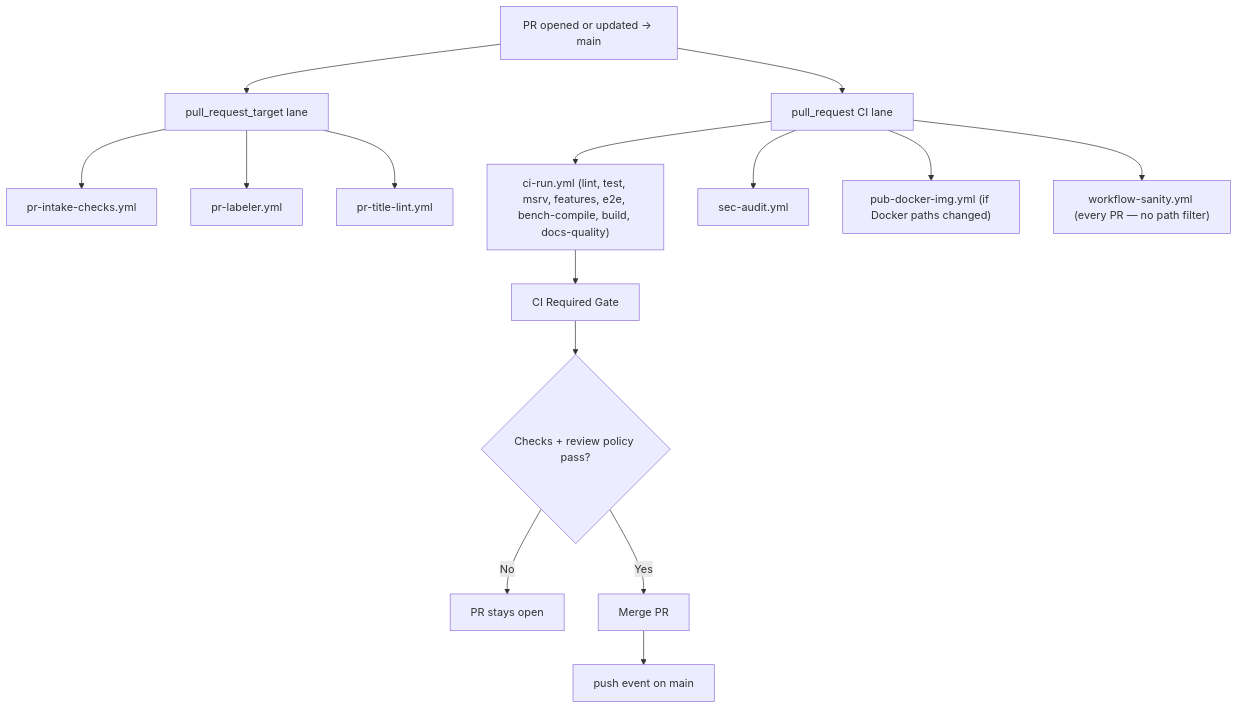
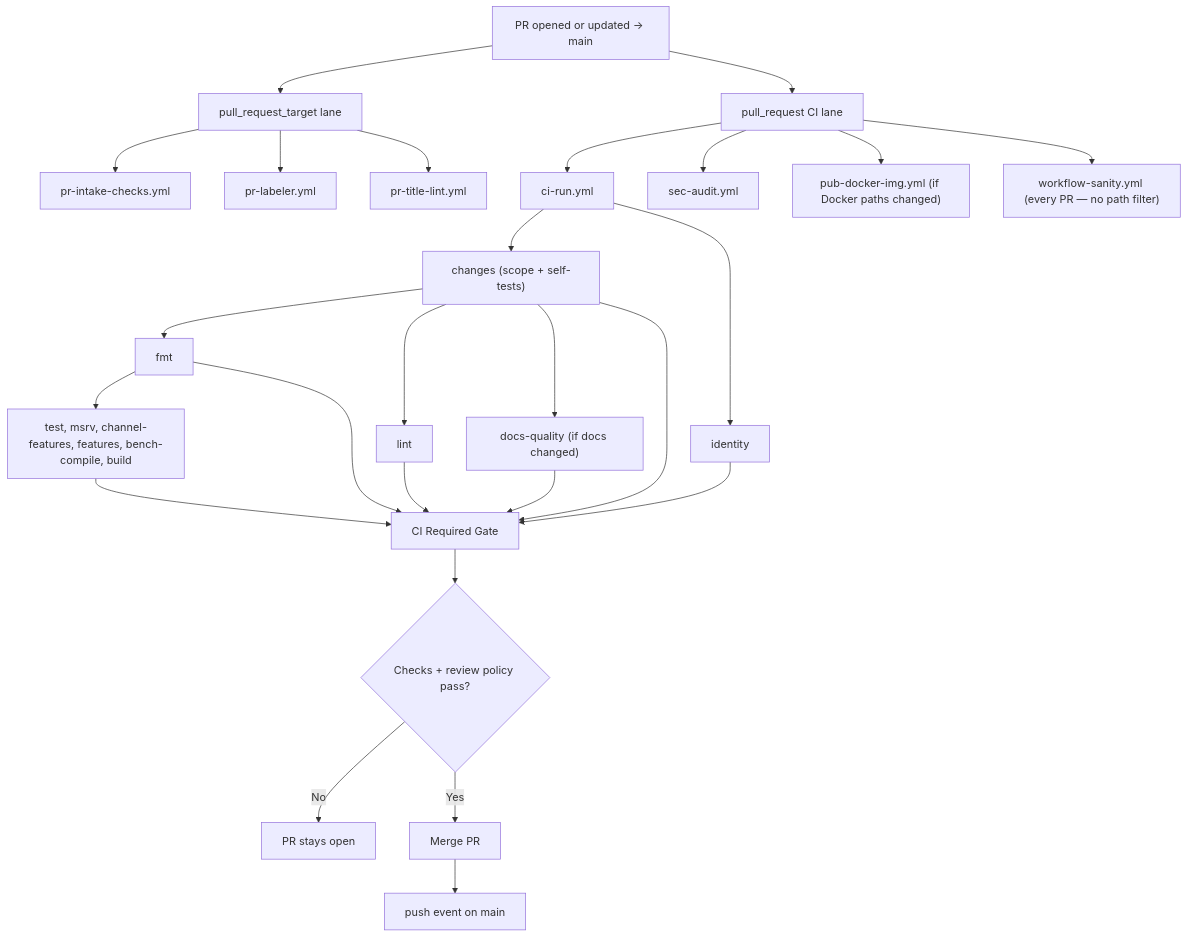
Before and after one commit to RantAI-dev/RantAIClaw: the first of 2 diagrams in .github/workflows/main-branch-flow.md, drawn with Mermaid. The commit also changed other lines of this file, not shown here.

````diff
--- a/.github/workflows/main-branch-flow.md
+++ b/.github/workflows/main-branch-flow.md
@@ -104,17 +120,28 @@
 ```mermaid
 flowchart TD
   A["PR opened or updated -> main"] --> B["pull_request_target lane"]
   B --> B1["pr-intake-checks.yml"]
   B --> B2["pr-labeler.yml"]
   B --> B3["pr-title-lint.yml"]
   A --> C["pull_request CI lane"]
-  C --> C1["ci-run.yml (lint, test, msrv, features, e2e, bench-compile, build, docs-quality)"]
+  C --> C1["ci-run.yml"]
   C --> C2["sec-audit.yml"]
   C --> C3["pub-docker-img.yml (if Docker paths changed)"]
   C --> C4["workflow-sanity.yml (every PR — no path filter)"]
-  C1 --> D["CI Required Gate"]
+  C1 --> S["changes (scope + self-tests)"]
+  C1 --> I["identity"]
+  S --> FM["fmt"]
+  S --> LN["lint"]
+  S --> DQ["docs-quality (if docs changed)"]
+  FM --> HV["test, msrv, channel-features, features, bench-compile, build"]
+  FM --> D
+  S --> D
+  I --> D["CI Required Gate"]
+  LN --> D
+  HV --> D
+  DQ --> D
   D --> E{"Checks + review policy pass?"}
   E -->|No| F["PR stays open"]
   E -->|Yes| G["Merge PR"]
   G --> H["push event on main"]
 ```
````
